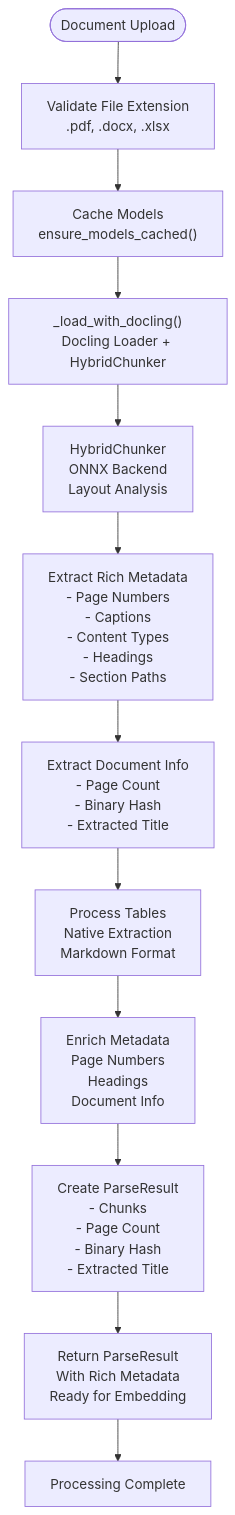
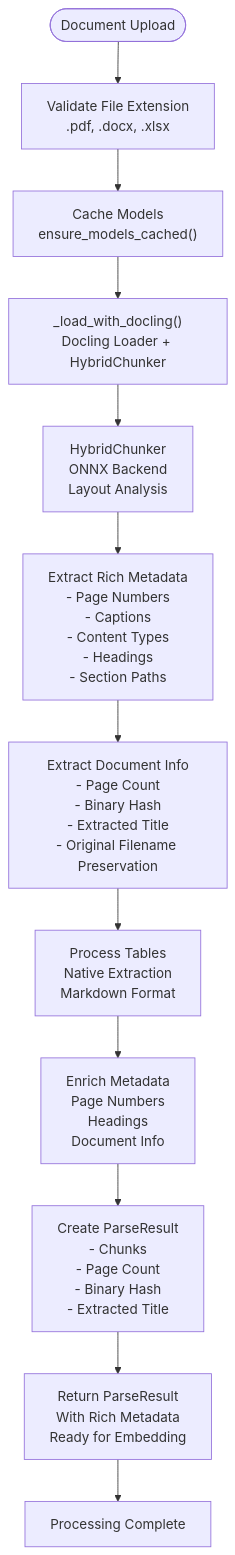
Before and after one commit to ognelis/cafetera_hr_bot: the fourth of 14 diagrams in .qoder/repowiki/en/content/RAG Integration/RAG Parser Enhancement.md, drawn with Mermaid. The commit also changed other lines of this file and 9 other files, not shown here.

````diff
--- a/.qoder/repowiki/en/content/RAG Integration/RAG Parser Enhancement.md
+++ b/.qoder/repowiki/en/content/RAG Integration/RAG Parser Enhancement.md
@@ -290,14 +327,14 @@
 ```mermaid
 flowchart TD
 Start(["Document Upload"]) --> Validate["Validate File Extension<br/>.pdf, .docx, .xlsx"]
 Validate --> CacheModels["Cache Models<br/>ensure_models_cached()"]
 CacheModels --> LoadDocling["_load_with_docling()<br/>Docling Loader + HybridChunker"]
 LoadDocling --> HybridChunker["HybridChunker<br/>ONNX Backend<br/>Layout Analysis"]
 HybridChunker --> ExtractMetadata["Extract Rich Metadata<br/>- Page Numbers<br/>- Captions<br/>- Content Types<br/>- Headings<br/>- Section Paths"]
-ExtractMetadata --> ExtractDocumentInfo["Extract Document Info<br/>- Page Count<br/>- Binary Hash<br/>- Extracted Title"]
+ExtractMetadata --> ExtractDocumentInfo["Extract Document Info<br/>- Page Count<br/>- Binary Hash<br/>- Extracted Title<br/>- Original Filename Preservation"]
 ExtractDocumentInfo --> ProcessTables["Process Tables<br/>Native Extraction<br/>Markdown Format"]
 ProcessTables --> EnrichMetadata["Enrich Metadata<br/>Page Numbers<br/>Headings<br/>Document Info"]
 EnrichMetadata --> CreateParseResult["Create ParseResult<br/>- Chunks<br/>- Page Count<br/>- Binary Hash<br/>- Extracted Title"]
 CreateParseResult --> ReturnParseResult["Return ParseResult<br/>With Rich Metadata<br/>Ready for Embedding"]
 ReturnParseResult --> Complete["Processing Complete"]
 ```
````
